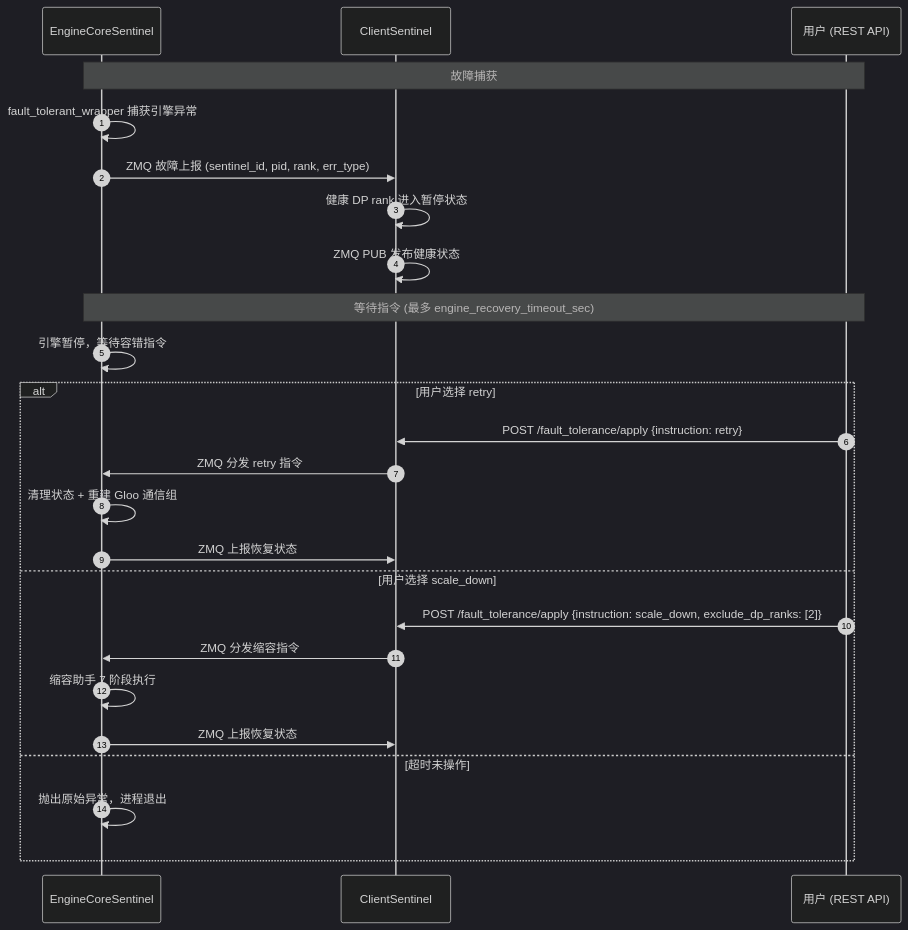
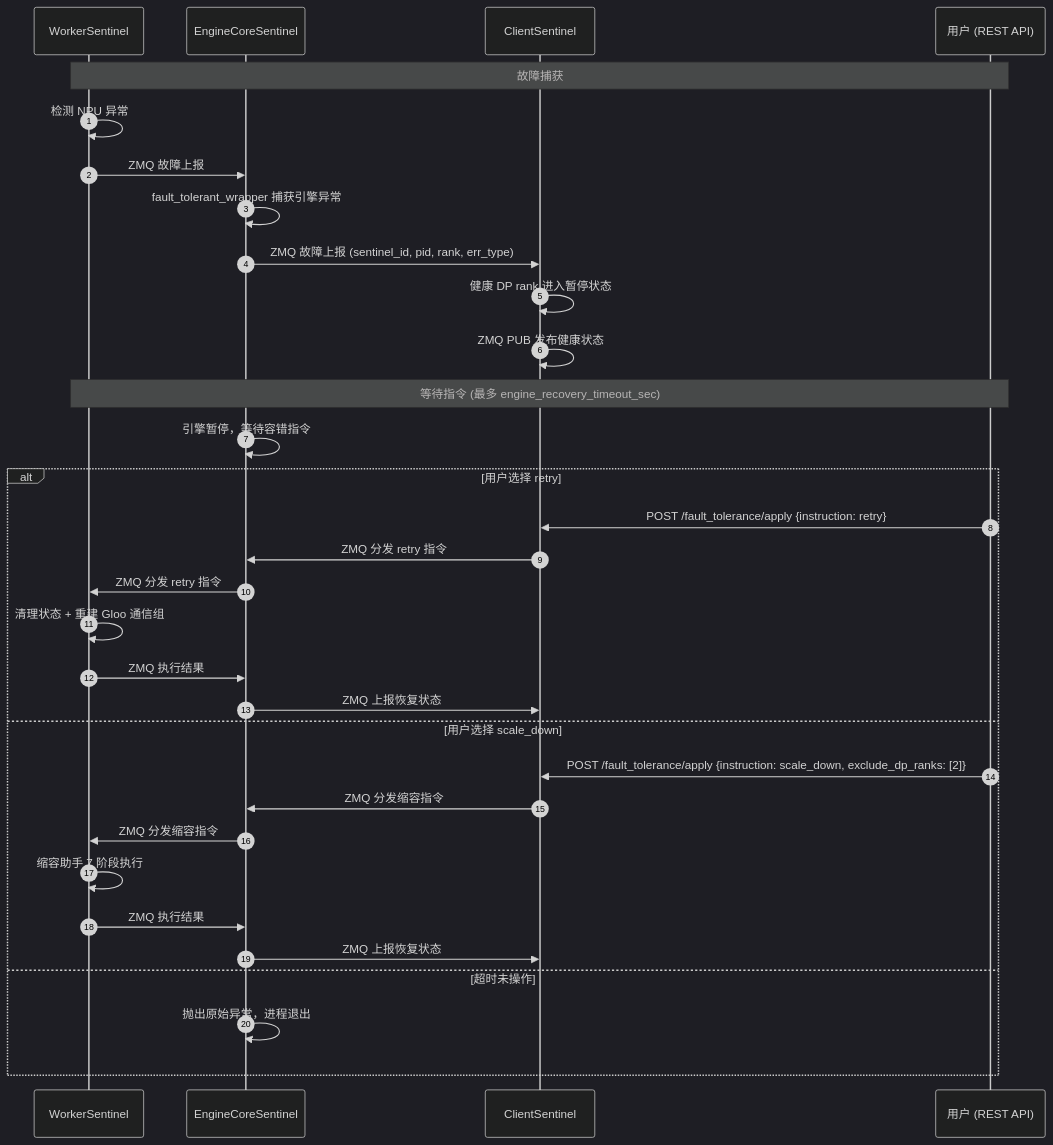
The third of 4 diagrams in elastic-ep/vllm/DESIGN.md (Computing-Availability-Tools/CATHelper), drawn with Mermaid (dark theme) before and after one commit.

Commit message:
fix: 手动响应流程补充WorkerSentinel

````diff
--- a/elastic-ep/vllm/DESIGN.md
+++ b/elastic-ep/vllm/DESIGN.md
@@ -100,30 +100,37 @@
 ```mermaid
 sequenceDiagram
     autonumber
+    participant W as WorkerSentinel
     participant EC as EngineCoreSentinel
     participant CS as ClientSentinel
     participant User as 用户 (REST API)
 
-    Note over EC,User: 故障捕获
+    Note over W,User: 故障捕获
+    W->>W: 检测 NPU 异常
+    W->>EC: ZMQ 故障上报
     EC->>EC: fault_tolerant_wrapper 捕获引擎异常
     EC->>CS: ZMQ 故障上报 (sentinel_id, pid, rank, err_type)
     CS->>CS: 健康 DP rank 进入暂停状态
     CS->>CS: ZMQ PUB 发布健康状态
 
-    Note over EC,User: 等待指令 (最多 engine_recovery_timeout_sec)
+    Note over W,User: 等待指令 (最多 engine_recovery_timeout_sec)
     EC->>EC: 引擎暂停，等待容错指令
 
     alt 用户选择 retry
         User->>CS: POST /fault_tolerance/apply {instruction: retry}
         CS->>EC: ZMQ 分发 retry 指令
-        EC->>EC: 清理状态 + 重建 Gloo 通信组
+        EC->>W: ZMQ 分发 retry 指令
+        W->>W: 清理状态 + 重建 Gloo 通信组
+        W->>EC: ZMQ 执行结果
         EC->>CS: ZMQ 上报恢复状态
     else 用户选择 scale_down
         User->>CS: POST /fault_tolerance/apply {instruction: scale_down, exclude_dp_ranks: [2]}
         CS->>EC: ZMQ 分发缩容指令
-        EC->>EC: 缩容助手 7 阶段执行
+        EC->>W: ZMQ 分发缩容指令
+        W->>W: 缩容助手 7 阶段执行
+        W->>EC: ZMQ 执行结果
         EC->>CS: ZMQ 上报恢复状态
     else 超时未操作
         EC->>EC: 抛出原始异常，进程退出
     end
 ```
````
